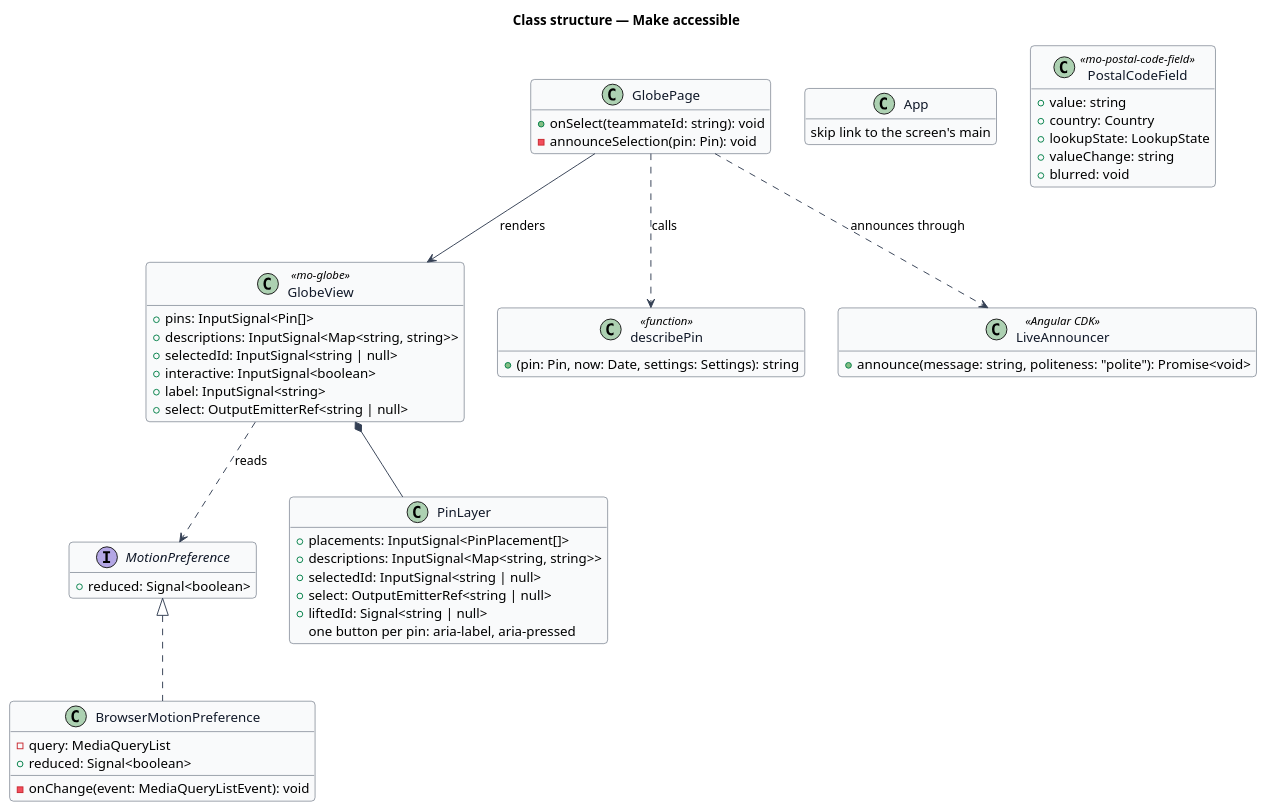
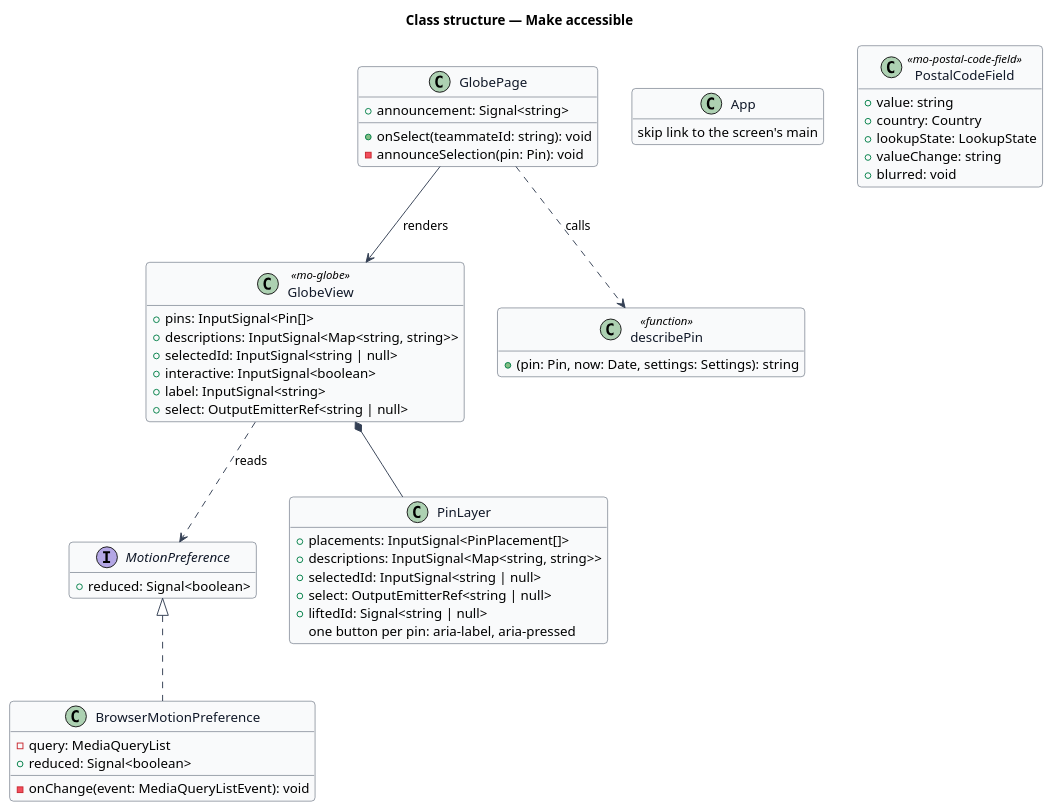
The diagram in docs/detailed-designs/platform/make-accessible/diagrams/class-structure.puml (QuinntyneBrown/Mondino), drawn with PlantUML before and after one commit. The commit also changed 38 other files, not shown here.

```diff
--- a/docs/detailed-designs/platform/make-accessible/diagrams/class-structure.puml
+++ b/docs/detailed-designs/platform/make-accessible/diagrams/class-structure.puml
@@ -1,74 +1,70 @@
 @startuml
 skinparam backgroundColor #FFFFFF
 skinparam shadowing false
 skinparam roundcorner 8
 skinparam defaultFontName Arial
 skinparam ArrowColor #344054
 skinparam class {
   BorderColor #344054
   FontColor #101828
   BackgroundColor #F9FAFB
 }
 hide empty members
 title Class structure — Make accessible
 
 interface MotionPreference {
   +reduced: Signal<boolean>
 }
 
 class BrowserMotionPreference {
   -query: MediaQueryList
   +reduced: Signal<boolean>
   -onChange(event: MediaQueryListEvent): void
 }
 
 class GlobeView <<mo-globe>> {
   +pins: InputSignal<Pin[]>
   +descriptions: InputSignal<Map<string, string>>
   +selectedId: InputSignal<string | null>
   +interactive: InputSignal<boolean>
   +label: InputSignal<string>
   +select: OutputEmitterRef<string | null>
 }
 
 class PinLayer {
   +placements: InputSignal<PinPlacement[]>
   +descriptions: InputSignal<Map<string, string>>
   +selectedId: InputSignal<string | null>
   +select: OutputEmitterRef<string | null>
   +liftedId: Signal<string | null>
   one button per pin: aria-label, aria-pressed
 }
 
 class describePin <<function>> {
   +(pin: Pin, now: Date, settings: Settings): string
 }
 
 class GlobePage {
   +onSelect(teammateId: string): void
+  +announcement: Signal<string>
   -announceSelection(pin: Pin): void
-}
-
-class LiveAnnouncer <<Angular CDK>> {
-  +announce(message: string, politeness: "polite"): Promise<void>
 }
 
 class App {
   skip link to the screen's main
 }
 
 class PostalCodeField <<mo-postal-code-field>> {
   +value: string
   +country: Country
   +lookupState: LookupState
   +valueChange: string
   +blurred: void
 }
 
 MotionPreference <|.. BrowserMotionPreference
 GlobeView *-- PinLayer
 GlobeView ..> MotionPreference : reads
 GlobePage --> GlobeView : renders
 GlobePage ..> describePin : calls
-GlobePage ..> LiveAnnouncer : announces through
 @enduml
```
